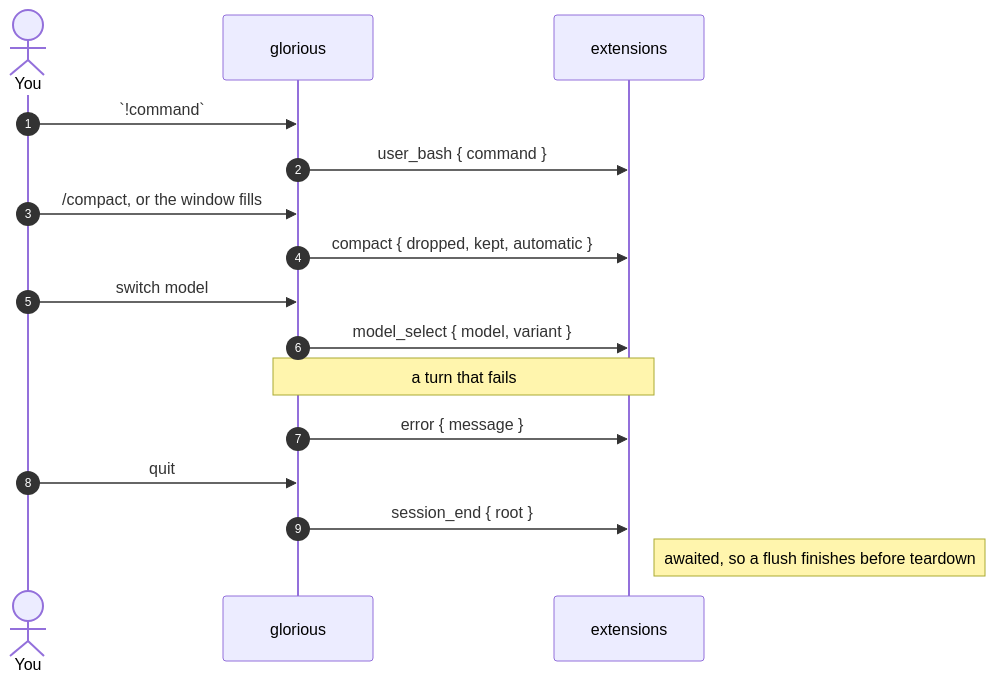
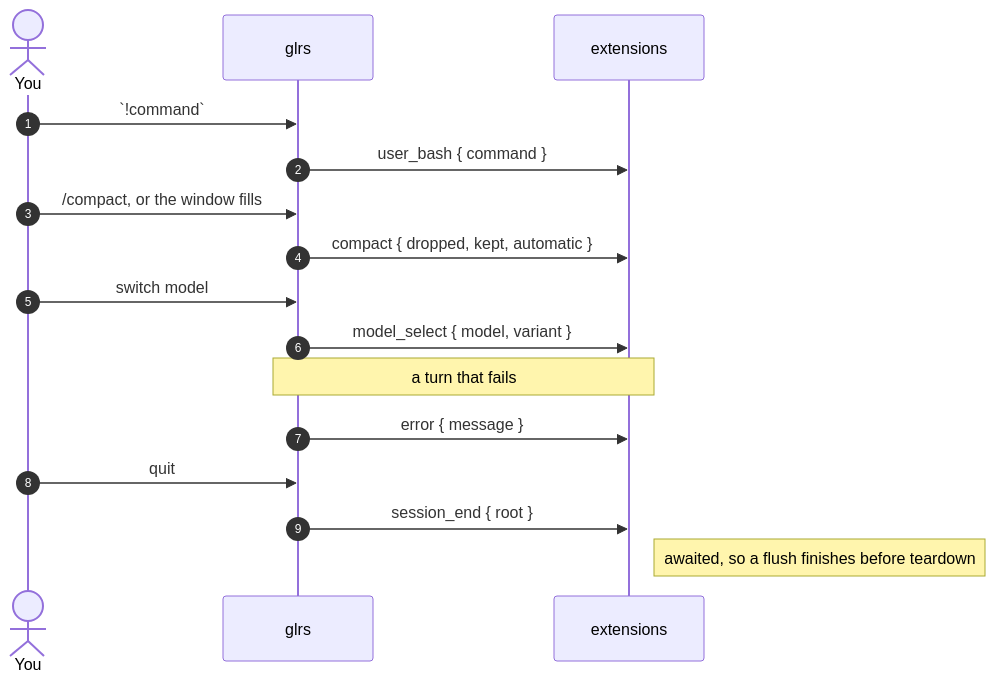
Before and after one commit to iceglober/glorious: the second of 2 diagrams in docs/published/lifecycle.md, drawn with Mermaid. The commit also changed other lines of this file and 143 other files, not shown here.

First line of the commit message:
glorious is glrs

````diff
--- a/docs/published/lifecycle.md
+++ b/docs/published/lifecycle.md
@@ -61,23 +61,23 @@
 ```mermaid
 sequenceDiagram
     autonumber
     actor You
-    participant G as glorious
+    participant G as glrs
     participant X as extensions
 
     You->>G: `!command`
     G->>X: user_bash { command }
 
     You->>G: /compact, or the window fills
     G->>X: compact { dropped, kept, automatic }
 
     You->>G: switch model
     G->>X: model_select { model, variant }
 
     Note over G,X: a turn that fails
     G->>X: error { message }
 
     You->>G: quit
     G->>X: session_end { root }
     Note right of X: awaited, so a flush finishes before teardown
 ```
````
